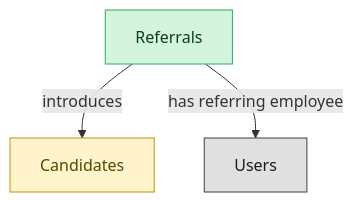
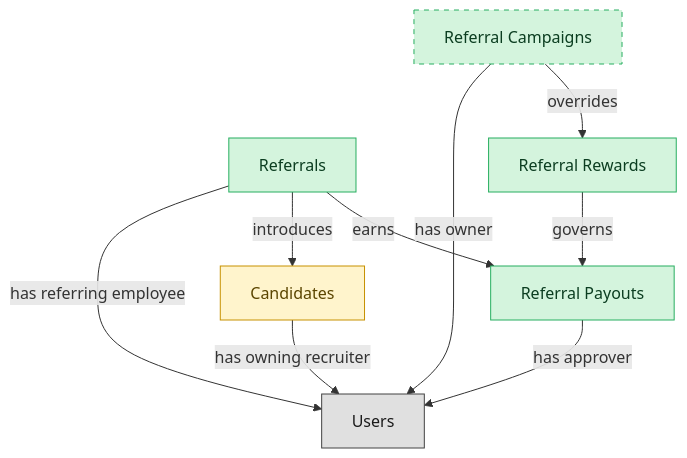
One commit to semantius/semantius changed the diagram in blueprints/ats-referrals-semantic-blueprint.md. Above: the diagram before and after it, drawn with Mermaid. The commit also changed other lines of this file and 255 other files, not shown here.

````diff
--- a/blueprints/ats-referrals-semantic-blueprint.md
+++ b/blueprints/ats-referrals-semantic-blueprint.md
@@ -27,14 +34,27 @@
 ```mermaid
 flowchart TD
   classDef master fill:#d4f4dd,stroke:#27ae60,color:#0b3d20;
   classDef embedded_master fill:#fff4cc,stroke:#c79100,color:#5b4500;
   classDef platform_builtin fill:#e0e0e0,stroke:#424242,color:#1a1a1a;
   candidate_referrals["Referrals"]
   candidates["Candidates"]
+  referral_rewards["Referral Rewards"]
+  referral_payouts["Referral Payouts"]
+  referral_campaigns["Referral Campaigns"]
   users["Users"]
+  candidate_referrals -->|"earns"| referral_payouts
+  referral_rewards -->|"governs"| referral_payouts
+  referral_campaigns -->|"overrides"| referral_rewards
   candidate_referrals -->|"introduces"| candidates
+  candidates -->|"has owning recruiter"| users
+  referral_payouts -->|"has approver"| users
+  referral_campaigns -->|"has owner"| users
   candidate_referrals -->|"has referring employee"| users
   class candidate_referrals master;
   class candidates embedded_master;
+  class referral_rewards master;
+  class referral_payouts master;
+  class referral_campaigns master;
   class users platform_builtin;
+  style referral_campaigns stroke-dasharray:5 5;
 ```
````
